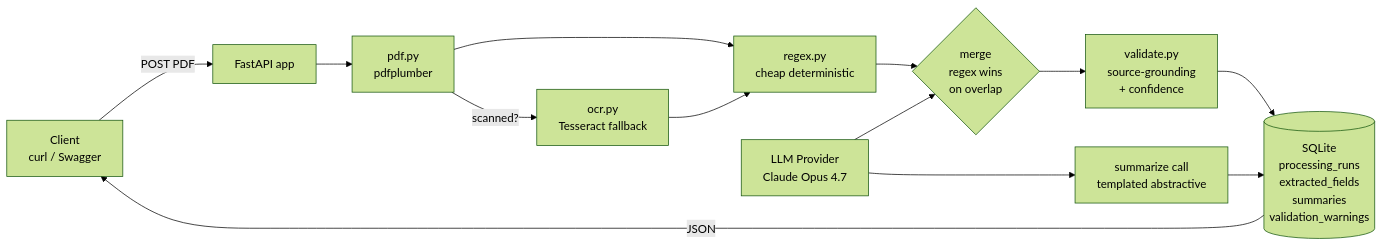
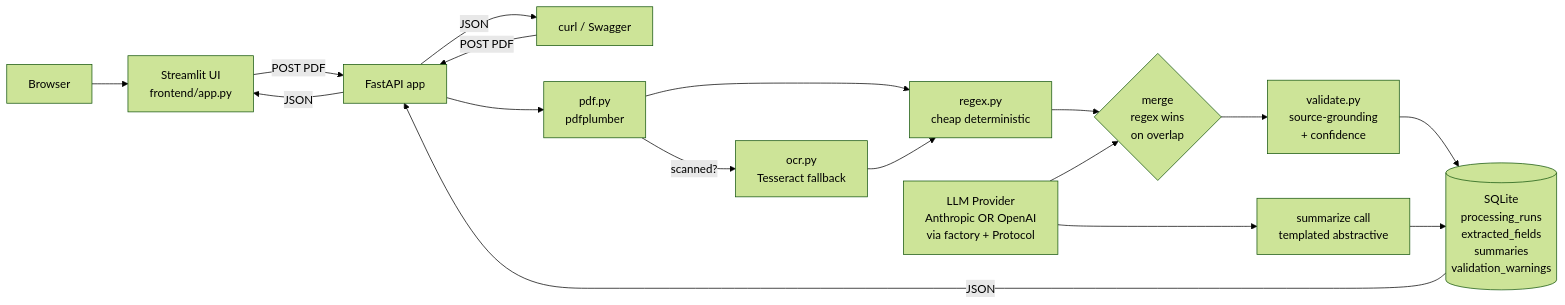
The diagram in README.md (jerry861200/insurance-summarizer), drawn with Mermaid (forest theme) before and after one commit. The commit also changed other lines of this file and 15 other files, not shown here.

First line of the commit message:
v2: Streamlit frontend + Railway deploy config + eval expansion + README rewrite

````diff
--- a/README.md
+++ b/README.md
@@ -66,14 +81,18 @@
 ```mermaid
 flowchart LR
-    Client[Client<br/>curl / Swagger] -->|POST PDF| API[FastAPI app]
+    Browser[Browser] --> Streamlit[Streamlit UI<br/>frontend/app.py]
+    Client[curl / Swagger] -->|POST PDF| API[FastAPI app]
+    Streamlit -->|POST PDF| API
     API --> PDF[pdf.py<br/>pdfplumber]
     PDF -->|scanned?| OCR[ocr.py<br/>Tesseract fallback]
     PDF & OCR --> Regex[regex.py<br/>cheap deterministic]
     Regex --> Merge{merge<br/>regex wins<br/>on overlap}
-    LLM[LLM Provider<br/>Claude Opus 4.7] --> Merge
+    LLM[LLM Provider<br/>Anthropic OR OpenAI<br/>via factory + Protocol] --> Merge
     Merge --> Validate[validate.py<br/>source-grounding<br/>+ confidence]
     Validate --> Persist[(SQLite<br/>processing_runs<br/>extracted_fields<br/>summaries<br/>validation_warnings)]
     LLM --> Summary[summarize call<br/>templated abstractive]
     Summary --> Persist
-    Persist -->|JSON| Client
+    Persist -->|JSON| API
+    API -->|JSON| Client
+    API -->|JSON| Streamlit
 ```
````
